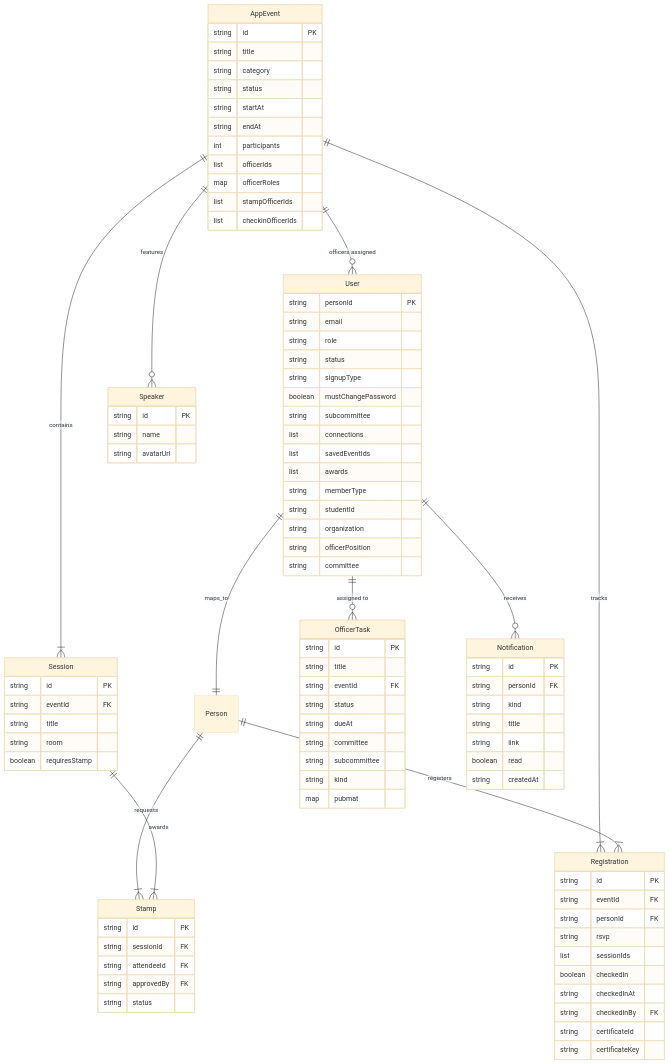
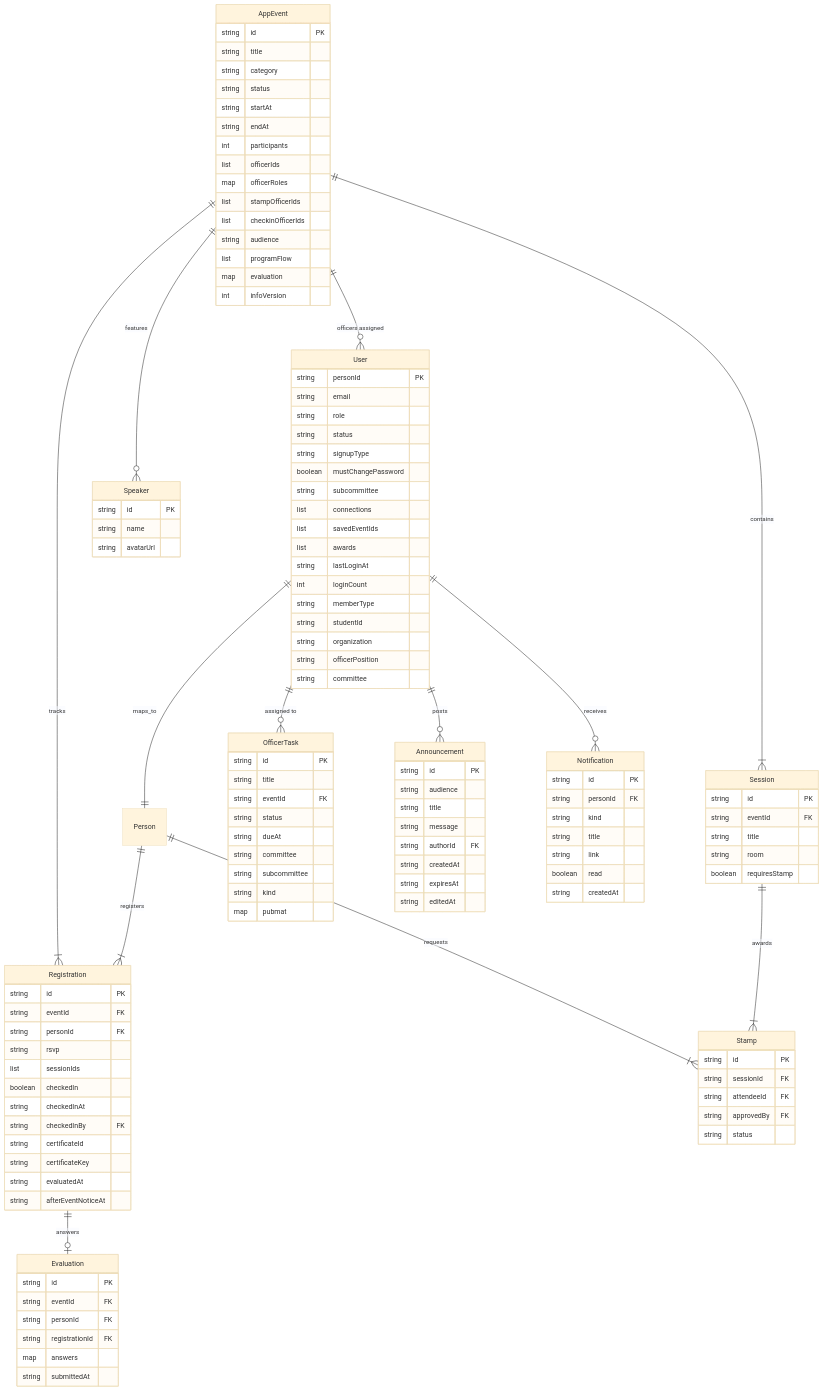
One commit to mochatakahashi/aws-event-tracker-app changed the third of 3 diagrams in ARCHITECTURE.md. Above: the diagram before and after it, drawn with Mermaid (base theme). The commit also changed other lines of this file and 9 other files, not shown here.

```diff
--- a/ARCHITECTURE.md
+++ b/ARCHITECTURE.md
@@ -242,6 +260,10 @@
         map officerRoles
         list stampOfficerIds
         list checkinOfficerIds
+        string audience
+        list programFlow
+        map evaluation
+        int infoVersion
     }
 
     Session {
@@ -271,6 +293,8 @@
         list connections
         list savedEventIds
         list awards
+        string lastLoginAt
+        int loginCount
         string memberType
         string studentId
         string organization
@@ -301,6 +325,28 @@
         string checkedInBy FK
         string certificateId
         string certificateKey
+        string evaluatedAt
+        string afterEventNoticeAt
+    }
+
+    Evaluation {
+        string id PK
+        string eventId FK
+        string personId FK
+        string registrationId FK
+        map answers
+        string submittedAt
+    }
+
+    Announcement {
+        string id PK
+        string audience
+        string title
+        string message
+        string authorId FK
+        string createdAt
+        string expiresAt
+        string editedAt
     }
 
     Notification {
@@ -319,6 +365,8 @@
         string avatarUrl
     }
 
+    Registration ||--o| Evaluation : answers
+    User ||--o{ Announcement : posts
     User ||--o{ OfficerTask : "assigned to"
     User ||--o{ Notification : receives
     AppEvent ||--o{ Speaker : features
```
